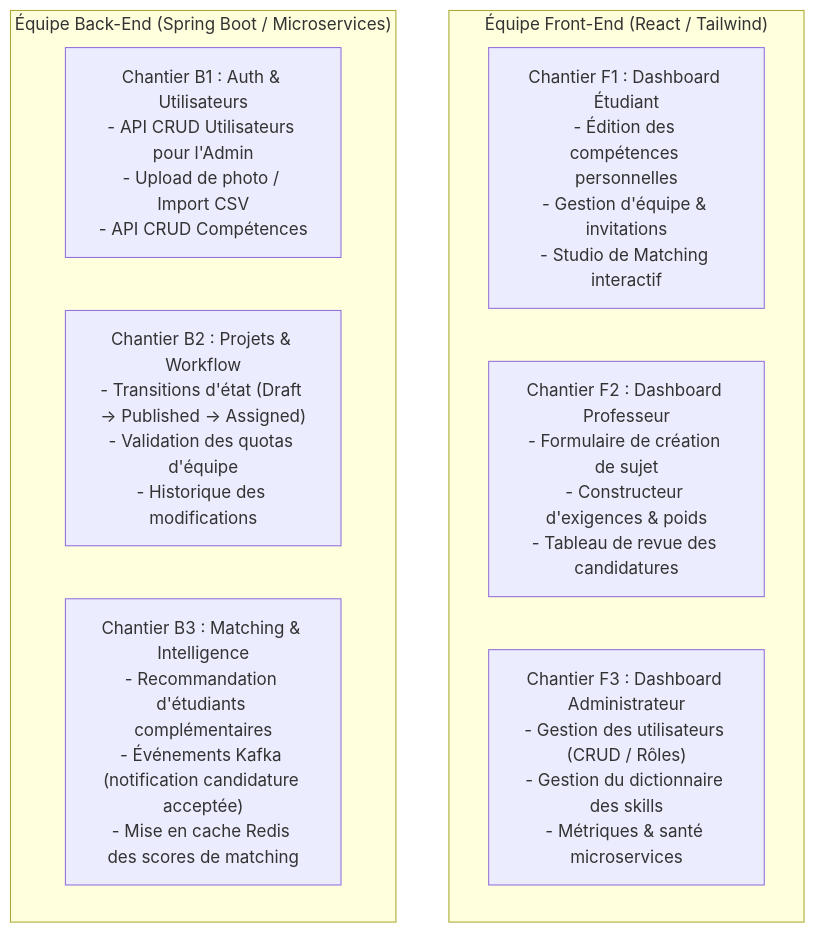
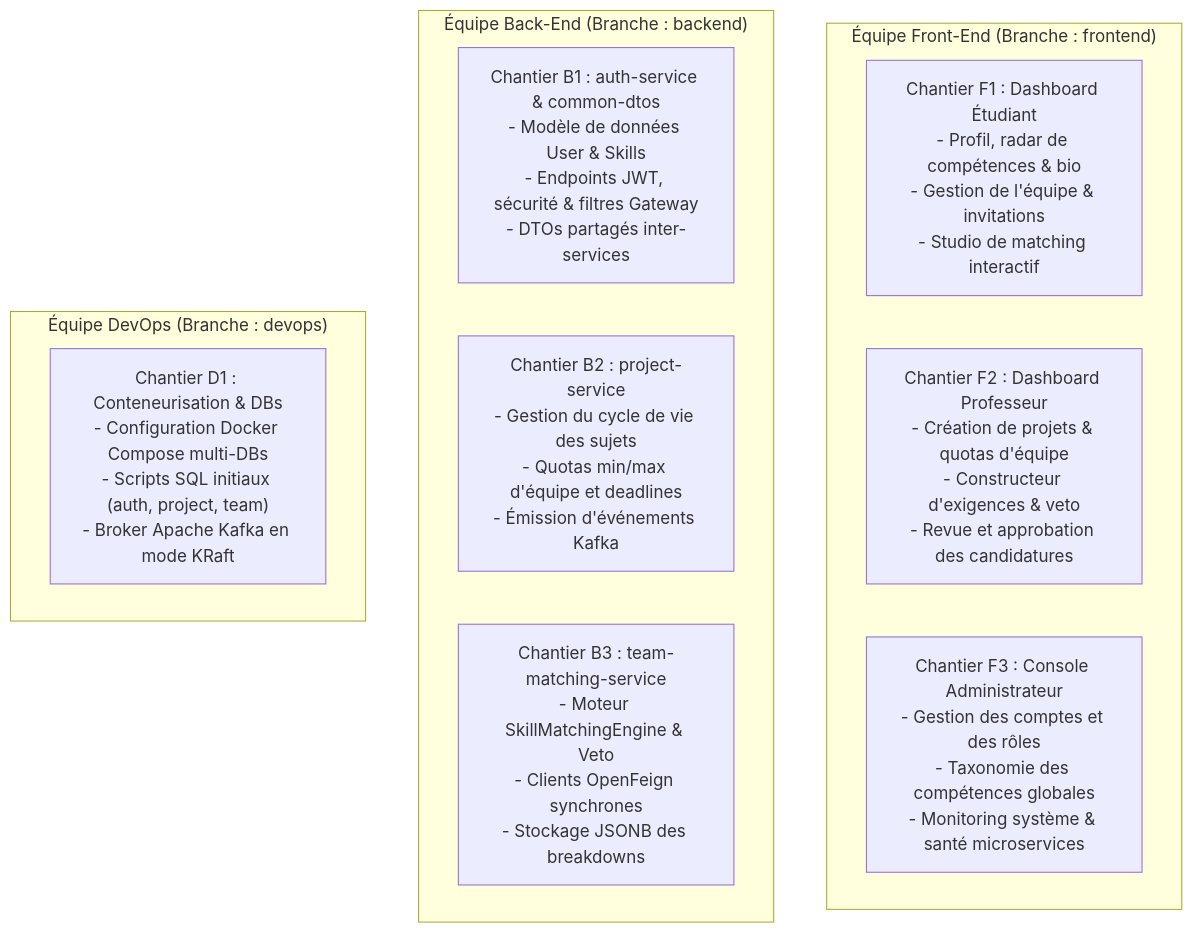
Before and after one commit to Arhrid-Hamza/SmartCollab: the eighth of 8 diagrams in README.md, drawn with Mermaid. The commit also changed other lines of this file, not shown here.

Commit message:
docs: add branching strategy, gitGraph and 3 core team branches

````diff
--- a/README.md
+++ b/README.md
@@ -692,14 +750,18 @@
 ```mermaid
 flowchart TD
-    subgraph Collab_Front["Équipe Front-End (React / Tailwind)"]
-        F1["Chantier F1 : Dashboard Étudiant\n- Édition des compétences personnelles\n- Gestion d'équipe & invitations\n- Studio de Matching interactif"]
-        F2["Chantier F2 : Dashboard Professeur\n- Formulaire de création de sujet\n- Constructeur d'exigences & poids\n- Tableau de revue des candidatures"]
-        F3["Chantier F3 : Dashboard Administrateur\n- Gestion des utilisateurs (CRUD / Rôles)\n- Gestion du dictionnaire des skills\n- Métriques & santé microservices"]
+    subgraph Collab_Front["Équipe Front-End (Branche : frontend)"]
+        F1["Chantier F1 : Dashboard Étudiant\n- Profil, radar de compétences & bio\n- Gestion de l'équipe & invitations\n- Studio de matching interactif"]
+        F2["Chantier F2 : Dashboard Professeur\n- Création de projets & quotas d'équipe\n- Constructeur d'exigences & veto\n- Revue et approbation des candidatures"]
+        F3["Chantier F3 : Console Administrateur\n- Gestion des comptes et des rôles\n- Taxonomie des compétences globales\n- Monitoring système & santé microservices"]
     end
 
-    subgraph Collab_Back["Équipe Back-End (Spring Boot / Microservices)"]
-        B1["Chantier B1 : Auth & Utilisateurs\n- API CRUD Utilisateurs pour l'Admin\n- Upload de photo / Import CSV\n- API CRUD Compétences"]
-        B2["Chantier B2 : Projets & Workflow\n- Transitions d'état (Draft -> Published -> Assigned)\n- Validation des quotas d'équipe\n- Historique des modifications"]
-        B3["Chantier B3 : Matching & Intelligence\n- Recommandation d'étudiants complémentaires\n- Événements Kafka (notification candidature acceptée)\n- Mise en cache Redis des scores de matching"]
+    subgraph Collab_Back["Équipe Back-End (Branche : backend)"]
+        B1["Chantier B1 : auth-service & common-dtos\n- Modèle de données User & Skills\n- Endpoints JWT, sécurité & filtres Gateway\n- DTOs partagés inter-services"]
+        B2["Chantier B2 : project-service\n- Gestion du cycle de vie des sujets\n- Quotas min/max d'équipe et deadlines\n- Émission d'événements Kafka"]
+        B3["Chantier B3 : team-matching-service\n- Moteur SkillMatchingEngine & Veto\n- Clients OpenFeign synchrones\n- Stockage JSONB des breakdowns"]
+    end
+
+    subgraph Collab_DevOps["Équipe DevOps (Branche : devops)"]
+        D1["Chantier D1 : Conteneurisation & DBs\n- Configuration Docker Compose multi-DBs\n- Scripts SQL initiaux (auth, project, team)\n- Broker Apache Kafka en mode KRaft"]
     end
 ```
````
